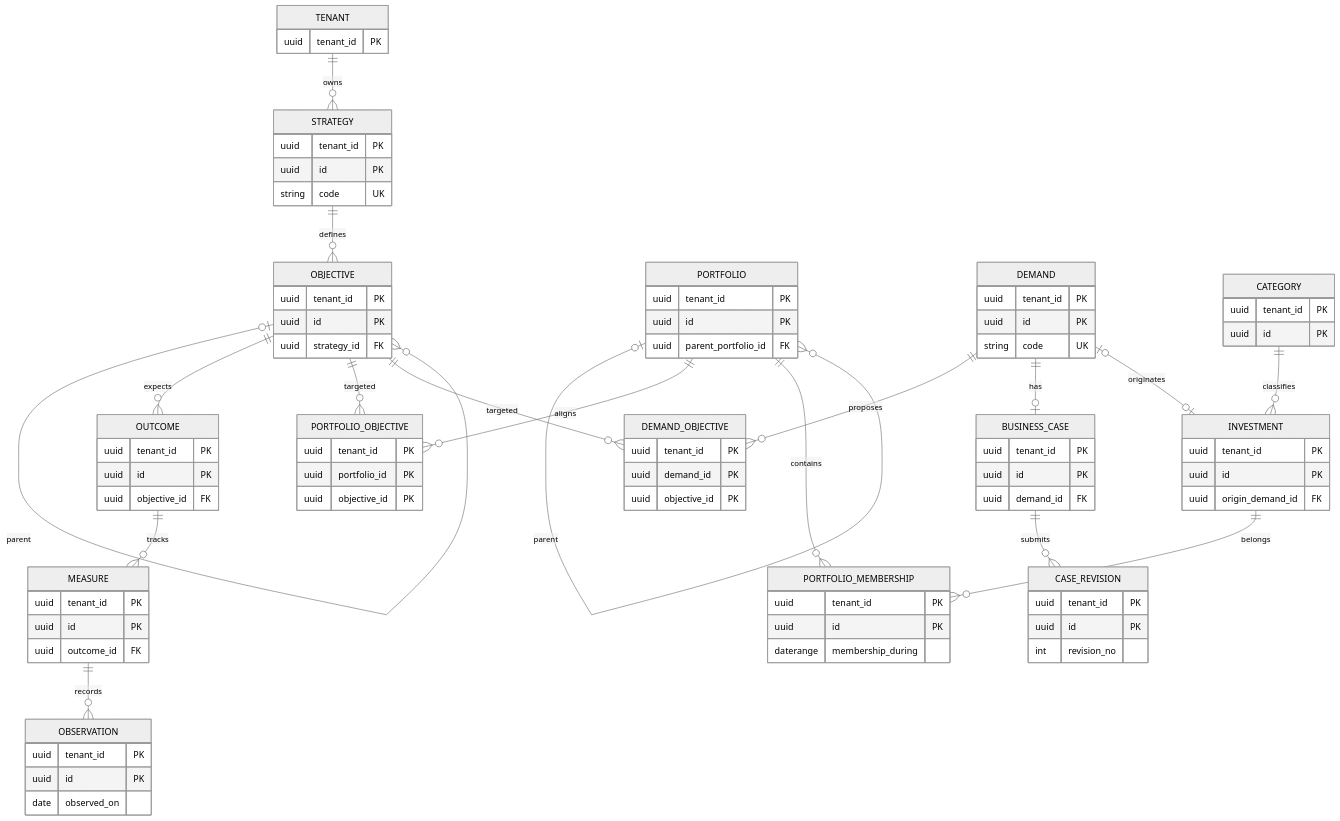
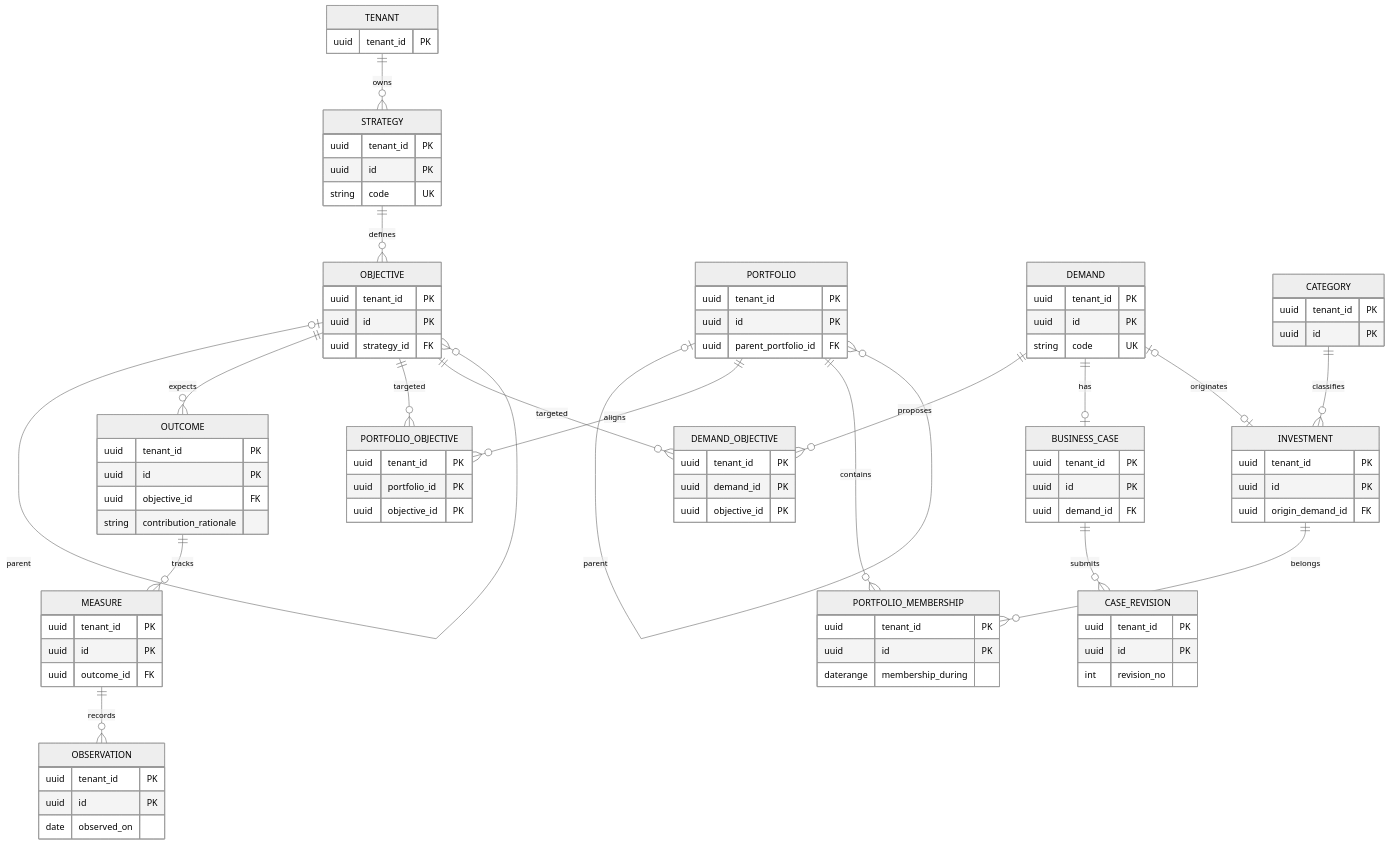
One commit to squire1310/Strategic_Portfolio_Management changed the first of 3 diagrams in reconciled-core/docs/erd.md. Above: the diagram before and after it, drawn with Mermaid (neutral theme).

Commit message:
Record Increment 1 schema and validation in reconciled-core/docs/erd.md

````diff
--- a/reconciled-core/docs/erd.md
+++ b/reconciled-core/docs/erd.md
@@ -7,62 +7,63 @@
 ```mermaid
 erDiagram
   TENANT ||--o{ STRATEGY : owns
   STRATEGY ||--o{ OBJECTIVE : defines
   OBJECTIVE o|--o{ OBJECTIVE : parent
   OBJECTIVE ||--o{ OUTCOME : expects
   OUTCOME ||--o{ MEASURE : tracks
   MEASURE ||--o{ OBSERVATION : records
   PORTFOLIO o|--o{ PORTFOLIO : parent
   PORTFOLIO ||--o{ PORTFOLIO_OBJECTIVE : aligns
   OBJECTIVE ||--o{ PORTFOLIO_OBJECTIVE : targeted
   PORTFOLIO ||--o{ PORTFOLIO_MEMBERSHIP : contains
   INVESTMENT ||--o{ PORTFOLIO_MEMBERSHIP : belongs
   DEMAND ||--o{ DEMAND_OBJECTIVE : proposes
   OBJECTIVE ||--o{ DEMAND_OBJECTIVE : targeted
   DEMAND ||--o| BUSINESS_CASE : has
   BUSINESS_CASE ||--o{ CASE_REVISION : submits
   DEMAND o|--o| INVESTMENT : originates
   CATEGORY ||--o{ INVESTMENT : classifies
   STRATEGY { uuid tenant_id PK
              uuid id PK
              string code UK }
   OBJECTIVE { uuid tenant_id PK
               uuid id PK
               uuid strategy_id FK }
   OUTCOME { uuid tenant_id PK
             uuid id PK
-            uuid objective_id FK }
+            uuid objective_id FK
+            string contribution_rationale }
   MEASURE { uuid tenant_id PK
             uuid id PK
             uuid outcome_id FK }
   OBSERVATION { uuid tenant_id PK
                 uuid id PK
                 date observed_on }
   PORTFOLIO { uuid tenant_id PK
               uuid id PK
               uuid parent_portfolio_id FK }
   PORTFOLIO_OBJECTIVE { uuid tenant_id PK
                         uuid portfolio_id PK
                         uuid objective_id PK }
   PORTFOLIO_MEMBERSHIP { uuid tenant_id PK
                          uuid id PK
                          daterange membership_during }
   DEMAND { uuid tenant_id PK
            uuid id PK
            string code UK }
   DEMAND_OBJECTIVE { uuid tenant_id PK
                      uuid demand_id PK
                      uuid objective_id PK }
   BUSINESS_CASE { uuid tenant_id PK
                   uuid id PK
                   uuid demand_id FK }
   CASE_REVISION { uuid tenant_id PK
                   uuid id PK
                   int revision_no }
   INVESTMENT { uuid tenant_id PK
                uuid id PK
                uuid origin_demand_id FK }
   CATEGORY { uuid tenant_id PK
              uuid id PK }
   TENANT { uuid tenant_id PK }
 ```
````
